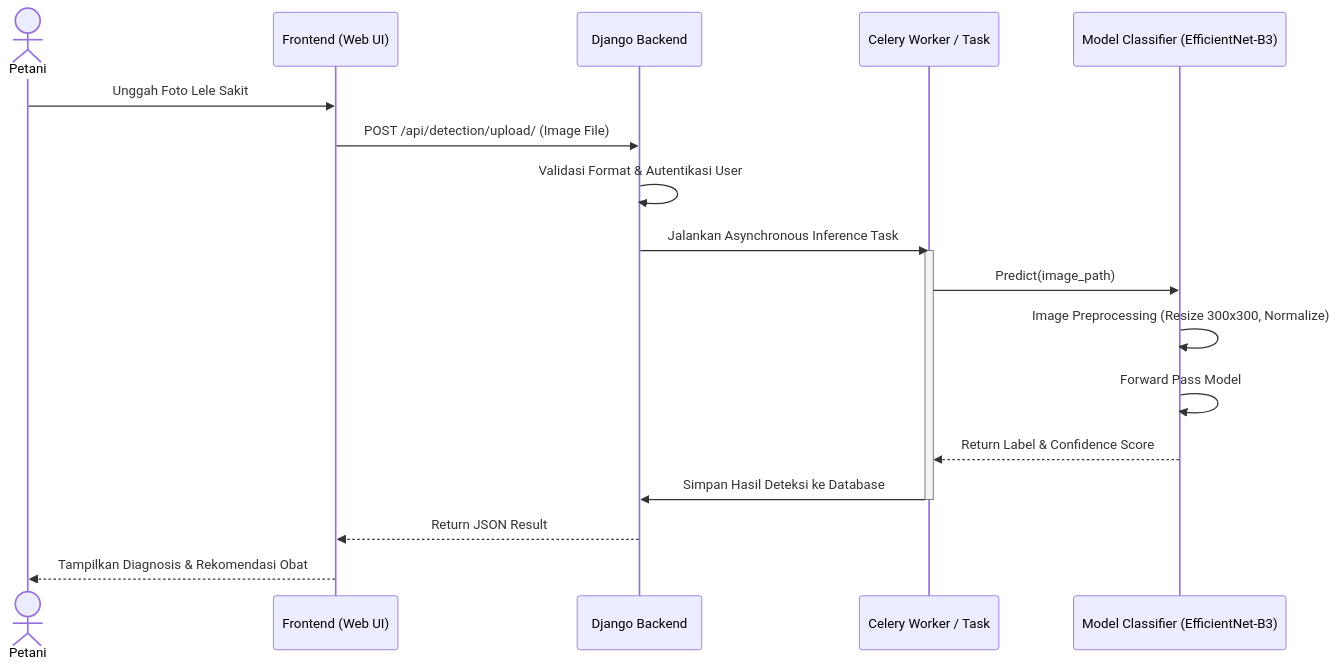
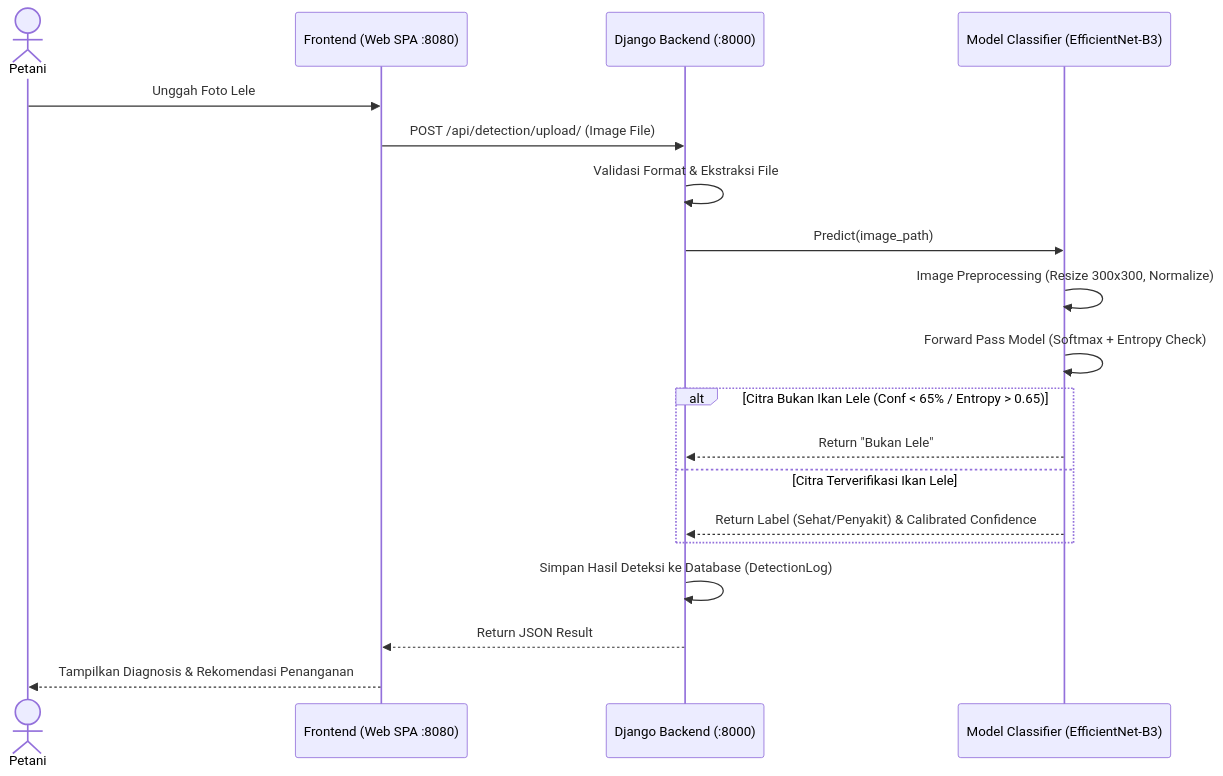
One commit to hamsigma/Ternak_Lele_Aquaculture changed the second of 2 diagrams in ternaklele/README.md. Above: the diagram before and after it, drawn with Mermaid. The commit also changed other lines of this file and 3 other files, not shown here.

````diff
--- a/ternaklele/README.md
+++ b/ternaklele/README.md
@@ -78,22 +78,22 @@
 ```mermaid
 sequenceDiagram
     actor Petani
-    participant WebUI as Frontend (Web UI)
-    participant Django as Django Backend
-    participant Task as Celery Worker / Task
+    participant WebUI as Frontend (Web SPA :8080)
+    participant Django as Django Backend (:8000)
     participant AI as Model Classifier (EfficientNet-B3)
 
-    Petani->>WebUI: Unggah Foto Lele Sakit
+    Petani->>WebUI: Unggah Foto Lele
     WebUI->>Django: POST /api/detection/upload/ (Image File)
-    Django->>Django: Validasi Format & Autentikasi User
-    Django->>Task: Jalankan Asynchronous Inference Task
-    activate Task
-    Task->>AI: Predict(image_path)
+    Django->>Django: Validasi Format & Ekstraksi File
+    Django->>AI: Predict(image_path)
     AI->>AI: Image Preprocessing (Resize 300x300, Normalize)
-    AI->>AI: Forward Pass Model
-    AI-->>Task: Return Label & Confidence Score
-    Task->>Django: Simpan Hasil Deteksi ke Database
-    deactivate Task
+    AI->>AI: Forward Pass Model (Softmax + Entropy Check)
+    alt Citra Bukan Ikan Lele (Conf < 65% / Entropy > 0.65)
+        AI-->>Django: Return "Bukan Lele"
+    else Citra Terverifikasi Ikan Lele
+        AI-->>Django: Return Label (Sehat/Penyakit) & Calibrated Confidence
+    end
+    Django->>Django: Simpan Hasil Deteksi ke Database (DetectionLog)
     Django-->>WebUI: Return JSON Result
-    WebUI-->>Petani: Tampilkan Diagnosis & Rekomendasi Obat
+    WebUI-->>Petani: Tampilkan Diagnosis & Rekomendasi Penanganan
 ```
````
